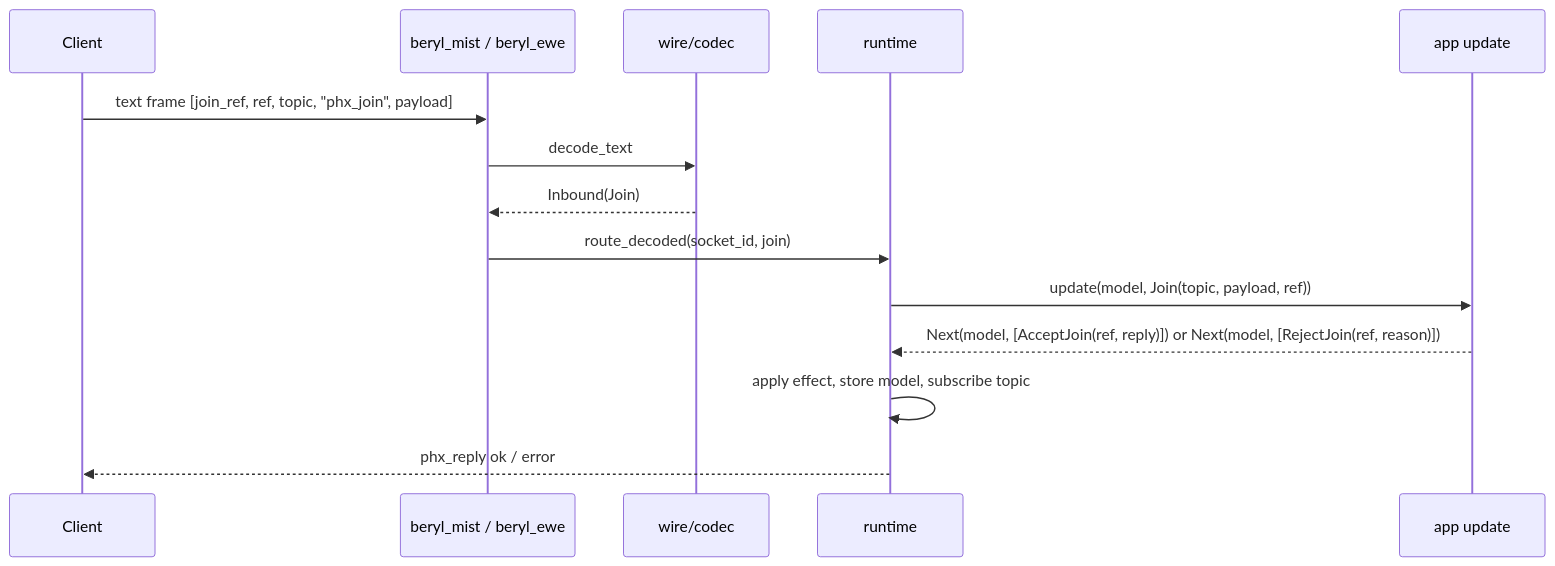
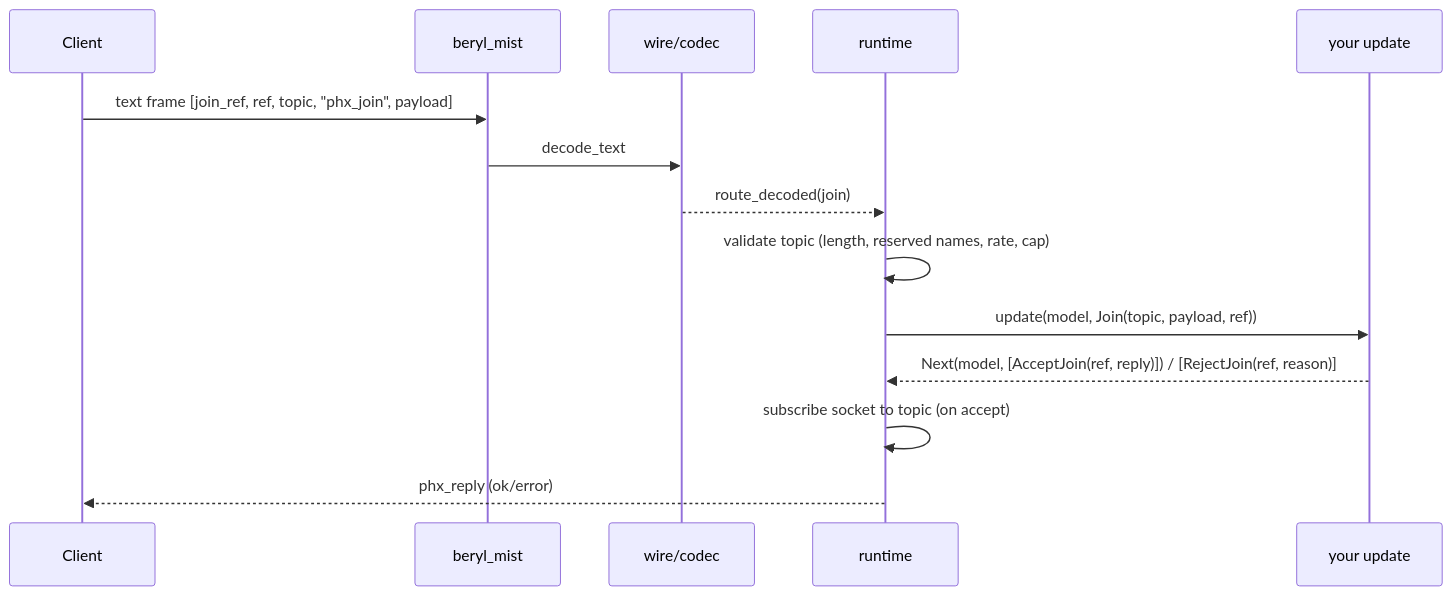
One commit to tylerbutler/beryl changed the second of 6 diagrams in website/src/content/docs/architecture/message-lifecycle.md. Above: the diagram before and after it, drawn with Mermaid. The commit also changed other lines of this file and 35 other files, not shown here.

````diff
--- a/website/src/content/docs/architecture/message-lifecycle.md
+++ b/website/src/content/docs/architecture/message-lifecycle.md
@@ -31,16 +28,16 @@
 ```mermaid
 sequenceDiagram
   participant Client
-  participant Transport as beryl_mist / beryl_ewe
+  participant Mist as beryl_mist
   participant Wire as wire/codec
-  participant Runtime as runtime
-  participant App as app update
-  Client->>Transport: text frame [join_ref, ref, topic, "phx_join", payload]
-  Transport->>Wire: decode_text
-  Wire-->>Transport: Inbound(Join)
-  Transport->>Runtime: route_decoded(socket_id, join)
-  Runtime->>App: update(model, Join(topic, payload, ref))
-  App-->>Runtime: Next(model, [AcceptJoin(ref, reply)]) or Next(model, [RejectJoin(ref, reason)])
-  Runtime->>Runtime: apply effect, store model, subscribe topic
-  Runtime-->>Client: phx_reply ok / error
+  participant RT as runtime
+  participant App as your update
+  Client->>Mist: text frame [join_ref, ref, topic, "phx_join", payload]
+  Mist->>Wire: decode_text
+  Wire-->>RT: route_decoded(join)
+  RT->>RT: validate topic (length, reserved names, rate, cap)
+  RT->>App: update(model, Join(topic, payload, ref))
+  App-->>RT: Next(model, [AcceptJoin(ref, reply)]) / [RejectJoin(ref, reason)]
+  RT->>RT: subscribe socket to topic (on accept)
+  RT-->>Client: phx_reply (ok/error)
 ```
````
